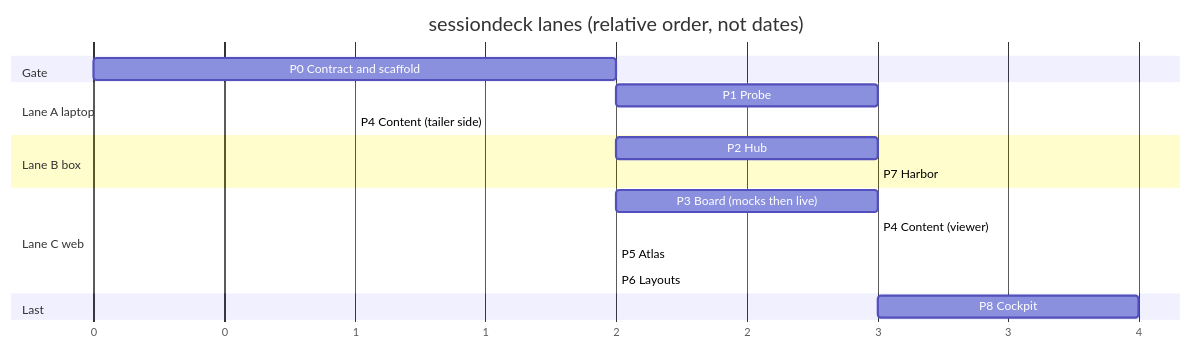
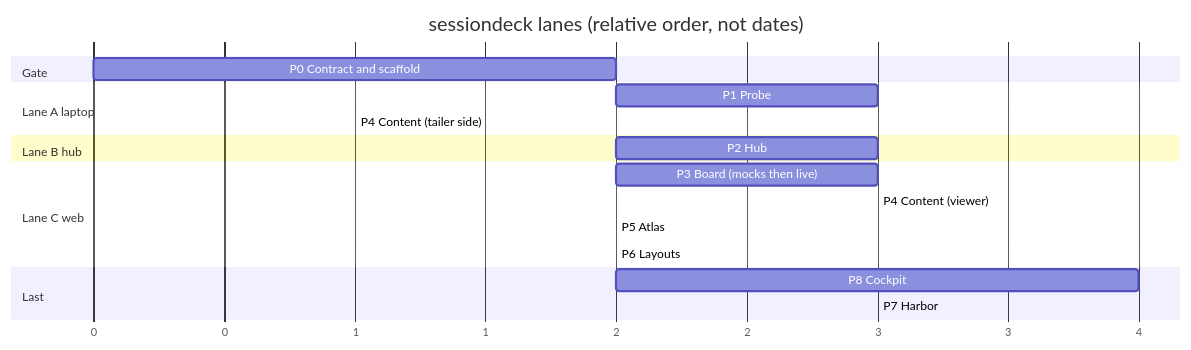
Before and after one commit to stack-dev-personal/sessiondeck: the diagram in docs/planning/02-roadmap.md, drawn with Mermaid. The commit also changed other lines of this file and 9 other files, not shown here.

````diff
--- a/docs/planning/02-roadmap.md
+++ b/docs/planning/02-roadmap.md
@@ -25,21 +25,21 @@
 ```mermaid
 gantt
   title sessiondeck lanes (relative order, not dates)
   dateFormat X
   axisFormat %s
   section Gate
   P0 Contract and scaffold :p0, 0, 2
   section Lane A laptop
   P1 Probe :p1, after p0, 3
   P4 Content (tailer side) :p4a, after p1, 1
-  section Lane B box
+  section Lane B hub
   P2 Hub :p2, after p0, 3
-  P7 Harbor :p7, after p2, 3
   section Lane C web
   P3 Board (mocks then live) :p3, after p0, 3
   P4 Content (viewer) :p4, after p3, 3
   P5 Atlas :p5, after p3, 2
   P6 Layouts :p6, after p3, 2
   section Last
-  P8 Cockpit :p8, after p7, 4
+  P8 Cockpit :p8, after p5 p6, 4
+  P7 Harbor :p7, after p8 p4, 3
 ```
````
